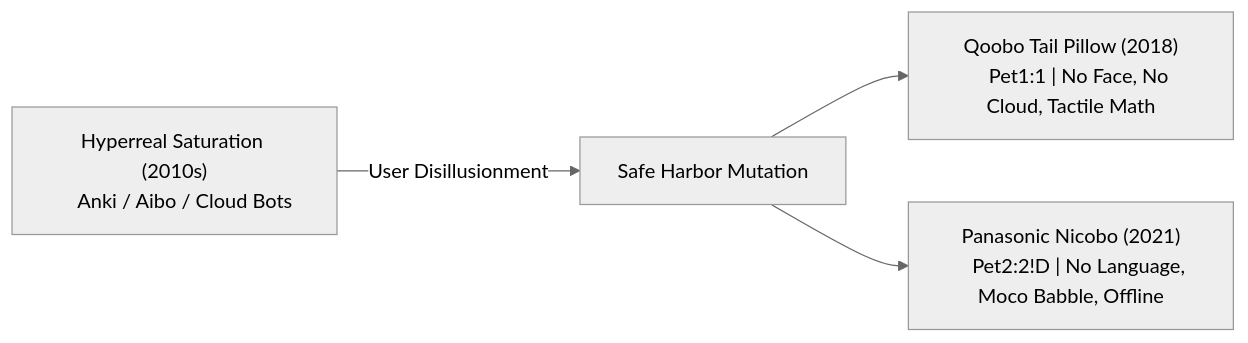
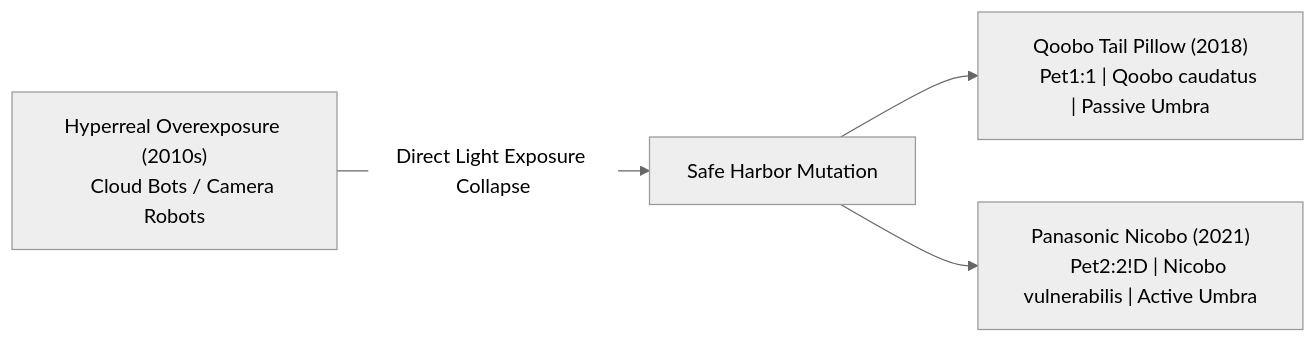
Before and after one commit to zetathix/petiod: the third of 3 diagrams in genealogy.md, drawn with Mermaid (neutral theme). The commit also changed other lines of this file, not shown here.

````diff
--- a/genealogy.md
+++ b/genealogy.md
@@ -188,12 +190,12 @@
 ```mermaid
 flowchart LR
-    A["Hyperreal Saturation (2010s)
-    Anki / Aibo / Cloud Bots"] -->|User Disillusionment| B["Safe Harbor Mutation"]
+    A["Hyperreal Overexposure (2010s)
+    Cloud Bots / Camera Robots"] -->|Direct Light Exposure Collapse| B["Safe Harbor Mutation"]
     
     B --> C["Qoobo Tail Pillow (2018)
-    Pet1:1 | No Face, No Cloud, Tactile Math"]
+    Pet1:1 | Qoobo caudatus | Passive Umbra"]
     
     B --> D["Panasonic Nicobo (2021)
-    Pet2:2!D | No Language, Moco Babble, Offline"]
+    Pet2:2!D | Nicobo vulnerabilis | Active Umbra"]
 
 ```
````
